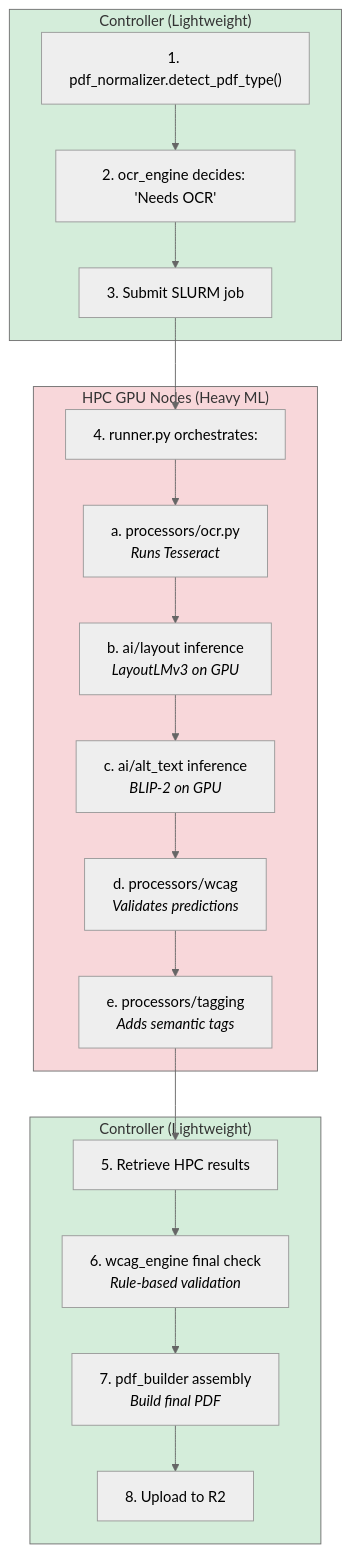
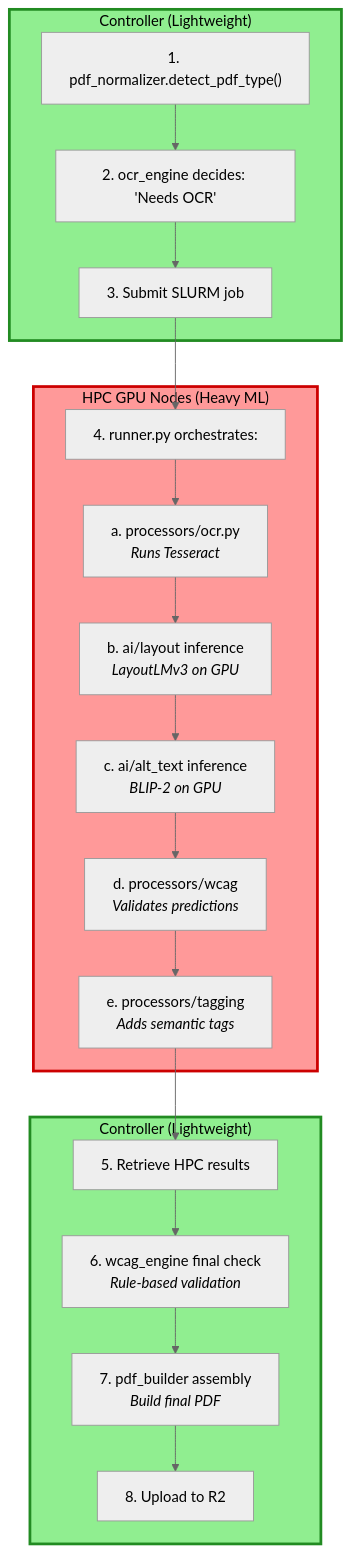
One commit to ucdavis/accessible-pdf-rocky changed the eighth of 8 diagrams in docs/SYSTEM_DESIGN.md. Above: the diagram before and after it, drawn with Mermaid (neutral theme). The commit also changed 2 other files, not shown here.

Commit message:
Changed: Updates diagram styles for clarity
Updates the styles of diagrams in the documentation to improve
readability and visual clarity. The changes involve adjusting
the fill color, stroke color, and stroke width for various
elements in the diagrams, enhancing the overall presentation
of the system architecture and development workflows. (Internal)

````diff
--- a/docs/SYSTEM_DESIGN.md
+++ b/docs/SYSTEM_DESIGN.md
@@ -625,35 +625,35 @@
 ```mermaid
 flowchart TD
     subgraph C1["Controller (Lightweight)"]
         A1["1. pdf_normalizer.detect_pdf_type()"]
         A2["2. ocr_engine decides: 'Needs OCR'"]
         A3["3. Submit SLURM job"]
         A1 --> A2 --> A3
     end
     
     A3 --> B0
     
     subgraph HPC["HPC GPU Nodes (Heavy ML)"]
         B0["4. runner.py orchestrates:"]
         B1["a. processors/ocr.py<br/><i>Runs Tesseract</i>"]
         B2["b. ai/layout inference<br/><i>LayoutLMv3 on GPU</i>"]
         B3["c. ai/alt_text inference<br/><i>BLIP-2 on GPU</i>"]
         B4["d. processors/wcag<br/><i>Validates predictions</i>"]
         B5["e. processors/tagging<br/><i>Adds semantic tags</i>"]
         B0 --> B1 --> B2 --> B3 --> B4 --> B5
     end
     
     B5 --> C0
     
     subgraph C2["Controller (Lightweight)"]
         C0["5. Retrieve HPC results"]
         C1a["6. wcag_engine final check<br/><i>Rule-based validation</i>"]
         C2a["7. pdf_builder assembly<br/><i>Build final PDF</i>"]
         C3["8. Upload to R2"]
         C0 --> C1a --> C2a --> C3
     end
     
-    style C1 fill:#d4edda
-    style HPC fill:#f8d7da
-    style C2 fill:#d4edda
+    style C1 fill:#90ee90,stroke:#228b22,stroke-width:3px,color:#000
+    style HPC fill:#ff9999,stroke:#cc0000,stroke-width:3px,color:#000
+    style C2 fill:#90ee90,stroke:#228b22,stroke-width:3px,color:#000
 ```
````
